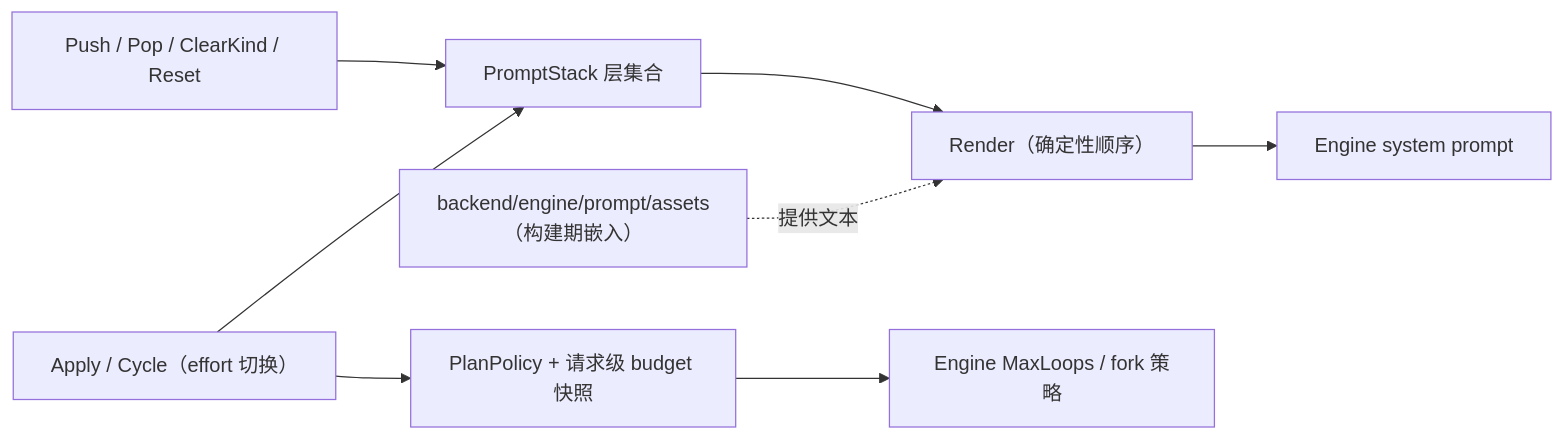
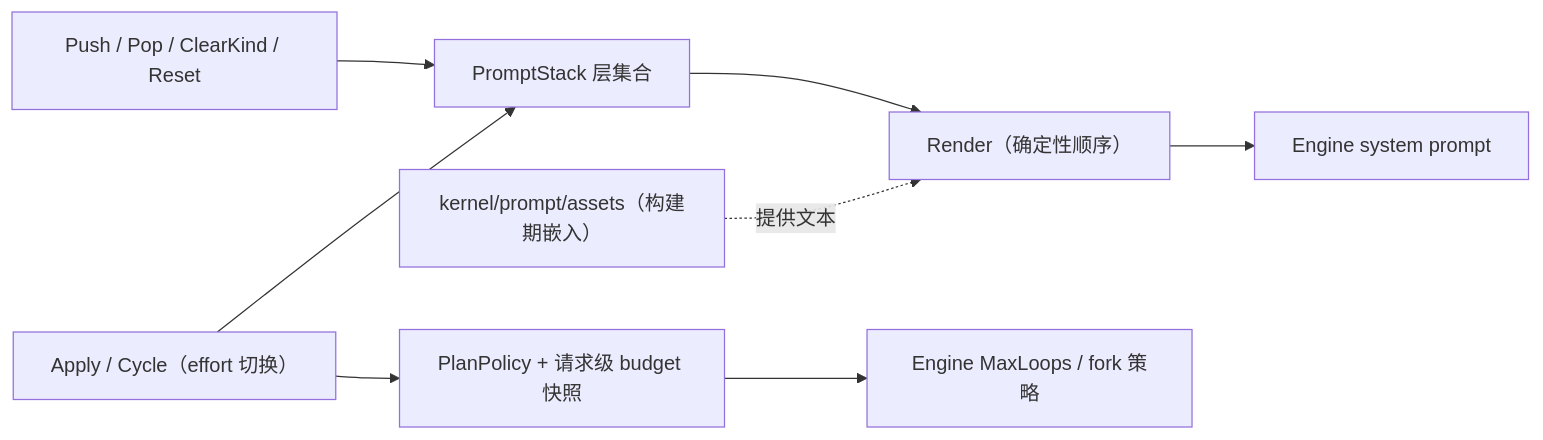
The second of 2 diagrams in application/prompt/README.md (RedHuang-0622/seelex), drawn with Mermaid before and after one commit. The commit also changed other lines of this file and 38 other files, not shown here.

Commit message:
refactor(prompt): move prompt runtime to kernel

````diff
--- a/application/prompt/README.md
+++ b/application/prompt/README.md
@@ -48,10 +48,10 @@
 ```mermaid
 flowchart LR
     OP["Push / Pop / ClearKind / Reset"] --> STACK["PromptStack 层集合"]
     EFFORT["Apply / Cycle（effort 切换）"] --> STACK
     EFFORT --> POLICY["PlanPolicy + 请求级 budget 快照"]
     STACK --> RENDER["Render（确定性顺序）"]
     RENDER --> ENGINE["Engine system prompt"]
     POLICY --> ENGINEPOLICY["Engine MaxLoops / fork 策略"]
-    ASSETS["backend/engine/prompt/assets（构建期嵌入）"] -.->|提供文本| RENDER
+    ASSETS["kernel/prompt/assets（构建期嵌入）"] -.->|提供文本| RENDER
 ```
````
